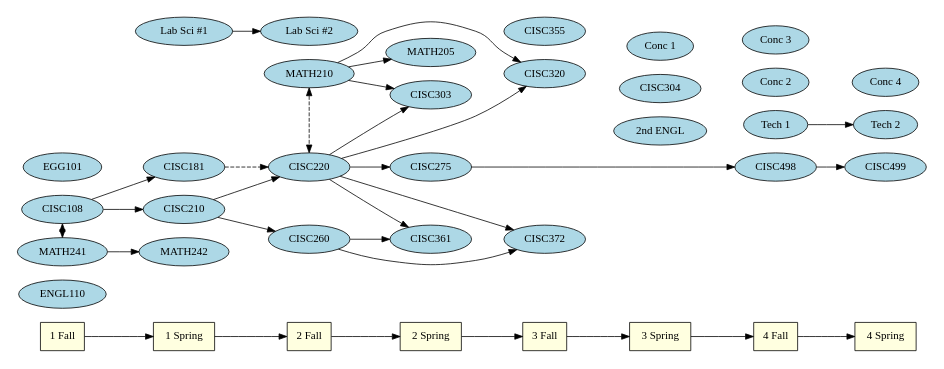
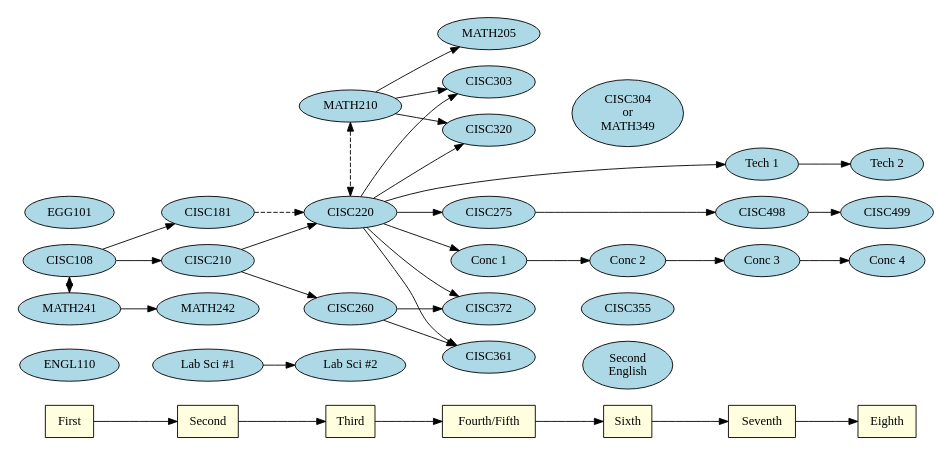
One commit to UD-CIS-Teaching/student-guidance changed the diagram in requirements/cs_bs.dot. Above: the diagram before and after it, drawn with Graphviz.

```diff
--- a/requirements/cs_bs.dot
+++ b/requirements/cs_bs.dot
@@ -1,42 +1,45 @@
 digraph world {
 
     node [ fillcolor="lightblue" style=filled ]
     size="7,7";
     rankdir="LR";
     
-    "1 Fall" -> "1 Spring" -> "2 Fall" -> "2 Spring" -> "3 Fall" -> "3 Spring" -> "4 Fall" -> "4 Spring";
-    "1 Fall" [shape="box" fillcolor="lightyellow"];
-    "1 Spring" [shape="box" fillcolor="lightyellow"];
-    "2 Fall" [shape="box" fillcolor="lightyellow"];
-    "2 Spring" [shape="box" fillcolor="lightyellow"];
-    "3 Fall" [shape="box" fillcolor="lightyellow"];
-    "3 Spring" [shape="box" fillcolor="lightyellow"];
-    "4 Fall" [shape="box" fillcolor="lightyellow"];
-    "4 Spring" [shape="box" fillcolor="lightyellow"];
+    "First" -> "Second" -> "Third" -> "Fourth/Fifth" -> "Sixth" -> "Seventh" -> "Eighth";
+    "First" [shape="box" fillcolor="lightyellow"];
+    "Second" [shape="box" fillcolor="lightyellow"];
+    "Third" [shape="box" fillcolor="lightyellow"];
+    "Fourth/Fifth" [shape="box" fillcolor="lightyellow"];
+    "Sixth" [shape="box" fillcolor="lightyellow"];
+    "Seventh" [shape="box" fillcolor="lightyellow"];
+    "Eighth" [shape="box" fillcolor="lightyellow"];
 
-    {rank=same; "1 Fall";ENGL110;CISC108;EGG101;MATH241}
-    {rank=same; "1 Spring";CISC181;CISC210;"Lab Sci #1"}
-    {rank=same; "2 Fall";CISC220;CISC260;MATH210;"Lab Sci #2"}
-    {rank=same; "2 Spring";CISC275;CISC303}
-    {rank=same; "3 Fall";CISC320; CISC355;CISC372}
-    {rank=same; "3 Spring";"2nd ENGL";CISC304;"Conc 1"}
-    {rank=same; "4 Fall";CISC498;"Tech 1";"Conc 2";"Conc 3"}
-    {rank=same; "4 Spring";CISC499;"Tech 2";"Conc 4"}
+    {rank=same; "First";ENGL110;CISC108;EGG101;MATH241}
+    {rank=same; "Second";CISC181;CISC210;"Lab Sci #1"}
+    {rank=same; "Third";CISC220;CISC260;MATH210;"Lab Sci #2"}
+    {rank=same; "Fourth/Fifth";CISC275;CISC303;CISC320; CISC372;"Conc 1"}
+    {rank=same; "Sixth";"Second\nEnglish";"CISC304\nor\nMATH349";CISC355;"Conc 2"}
+    {rank=same; "Seventh";CISC498;"Tech 1";"Conc 3"}
+    {rank=same; "Eighth";CISC499;"Tech 2";"Conc 4"}
+    
+    ENGL110 -> "Lab Sci #1" [style="invis"];
+    CISC372 -> "CISC355" [style="invis"];
+    CISC361 -> "Second\nEnglish" [style="invis"];
     
     MATH210 -> CISC220 [dir="both" style=dashed];
     CISC108 -> MATH241 [dir="both" style=dashed];
 
     EGG101;
     "Lab Sci #1" -> "Lab Sci #2";
     CISC108 -> {CISC181; CISC210};
     CISC210 -> {CISC220 ; CISC260}
     CISC181 -> CISC220 [style=dashed];
     MATH241 -> MATH242;
     MATH210 -> {CISC320 ; CISC303; MATH205};
-    CISC220 -> {CISC275 ; CISC320; CISC303; CISC361; CISC372}
+    CISC220 -> {CISC275 ; CISC320; CISC303; CISC361; CISC372;"Conc 1";"Tech 1"}
+    "Conc 1" -> "Conc 2" -> "Conc 3" -> "Conc 4";
     CISC260 -> {CISC361 ; CISC372};
     CISC275 -> CISC498;
     CISC498 -> CISC499;
     CISC355;
     "Tech 1" -> "Tech 2";
 }
```
